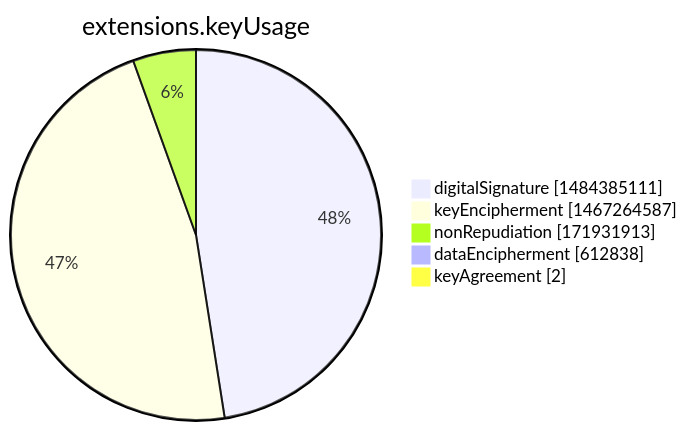
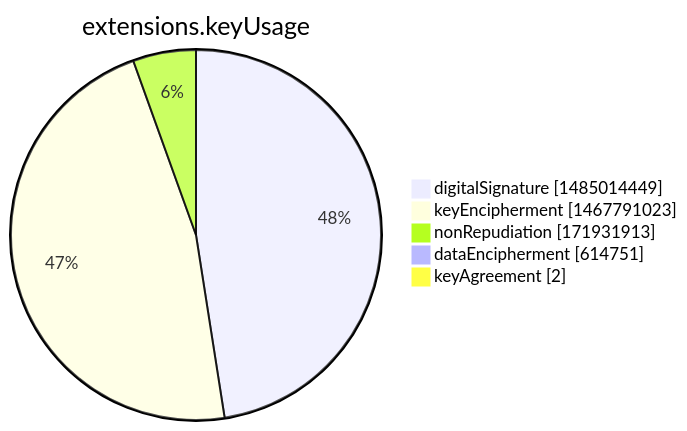
One commit to christiankrug/ctmonitor_visualization changed the seventh of 15 diagrams in argon2022/README.md. Above: the diagram before and after it, drawn with Mermaid. The commit also changed other lines of this file, not shown here.

````diff
--- a/argon2022/README.md
+++ b/argon2022/README.md
@@ -2751,9 +2751,9 @@
 ```mermaid
 pie showData
 title extensions.keyUsage
-"digitalSignature" :1484385111
-"keyEncipherment" :1467264587
+"digitalSignature" :1485014449
+"keyEncipherment" :1467791023
 "nonRepudiation" :171931913
-"dataEncipherment" :612838
+"dataEncipherment" :614751
 "keyAgreement" :2
 ```
````
